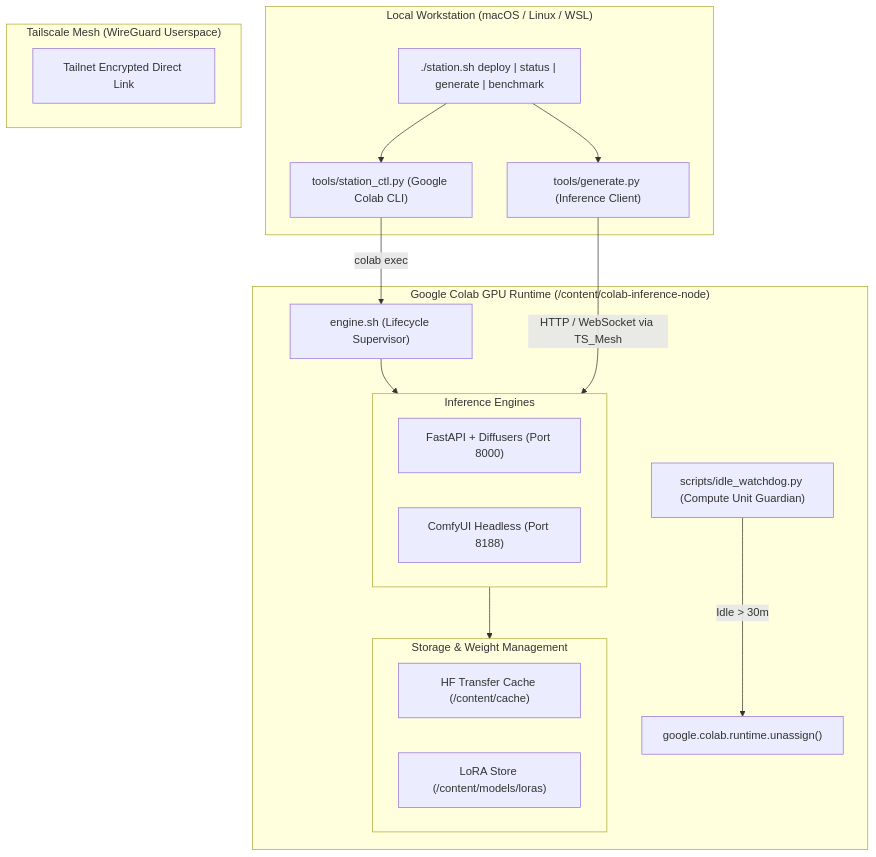
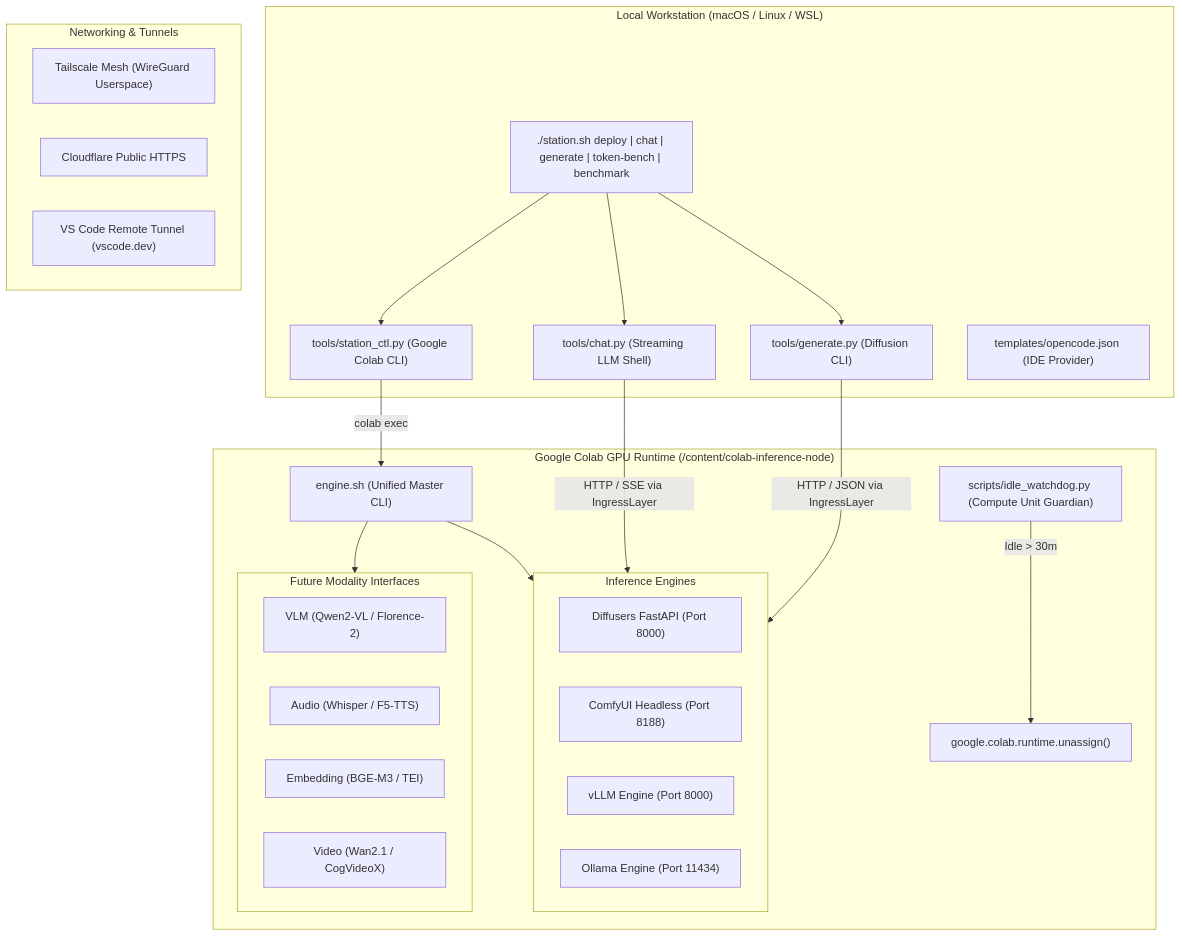
The diagram in README.md (yixuanw99/colab-inference-node), drawn with Mermaid before and after one commit. The commit also changed other lines of this file and 23 other files, not shown here.

Commit message:
feat(core): unify llm and diffusion engines with multimodal interface stubs

````diff
--- a/README.md
+++ b/README.md
@@ -11,36 +15,47 @@
 ```mermaid
 flowchart TD
     subgraph LocalWorkstation["Local Workstation (macOS / Linux / WSL)"]
-        LocalCLI["./station.sh deploy | status | generate | benchmark"]
+        LocalCLI["./station.sh deploy | chat | generate | token-bench | benchmark"]
         Orchestrator["tools/station_ctl.py (Google Colab CLI)"]
-        Client["tools/generate.py (Inference Client)"]
+        ChatClient["tools/chat.py (Streaming LLM Shell)"]
+        GenClient["tools/generate.py (Diffusion CLI)"]
+        OpenCodeConfig["templates/opencode.json (IDE Provider)"]
+
         LocalCLI --> Orchestrator
-        LocalCLI --> Client
+        LocalCLI --> ChatClient
+        LocalCLI --> GenClient
     end
 
-    subgraph MeshNetwork["Tailscale Mesh (WireGuard Userspace)"]
-        TS_Mesh["Tailnet Encrypted Direct Link"]
+    subgraph IngressLayer["Networking & Tunnels"]
+        TS_Mesh["Tailscale Mesh (WireGuard Userspace)"]
+        CF_Tunnel["Cloudflare Public HTTPS"]
+        VS_Tunnel["VS Code Remote Tunnel (vscode.dev)"]
     end
 
     subgraph ColabVM["Google Colab GPU Runtime (/content/colab-inference-node)"]
-        Controller["engine.sh (Lifecycle Supervisor)"]
+        Controller["engine.sh (Unified Master CLI)"]
         Watchdog["scripts/idle_watchdog.py (Compute Unit Guardian)"]
         
         subgraph Engines["Inference Engines"]
-            DiffusersEngine["FastAPI + Diffusers (Port 8000)"]
+            DiffusersEngine["Diffusers FastAPI (Port 8000)"]
             ComfyEngine["ComfyUI Headless (Port 8188)"]
+            VLLMEngine["vLLM Engine (Port 8000)"]
+            OllamaEngine["Ollama Engine (Port 11434)"]
         end
         
-        subgraph StorageCache["Storage & Weight Management"]
-            HFCache["HF Transfer Cache (/content/cache)"]
-            LoRARegistry["LoRA Store (/content/models/loras)"]
+        subgraph ExtensibleStubs["Future Modality Interfaces"]
+            VLMEngine["VLM (Qwen2-VL / Florence-2)"]
+            AudioEngine["Audio (Whisper / F5-TTS)"]
+            EmbeddingEngine["Embedding (BGE-M3 / TEI)"]
+            VideoEngine["Video (Wan2.1 / CogVideoX)"]
         end
 
         Controller --> Engines
-        Engines --> StorageCache
+        Controller --> ExtensibleStubs
         Watchdog -->|Idle > 30m| Teardown["google.colab.runtime.unassign()"]
     end
 
     Orchestrator -->|colab exec| Controller
-    Client -->|HTTP / WebSocket via TS_Mesh| Engines
+    ChatClient -->|HTTP / SSE via IngressLayer| Engines
+    GenClient -->|HTTP / JSON via IngressLayer| Engines
 ```
````
